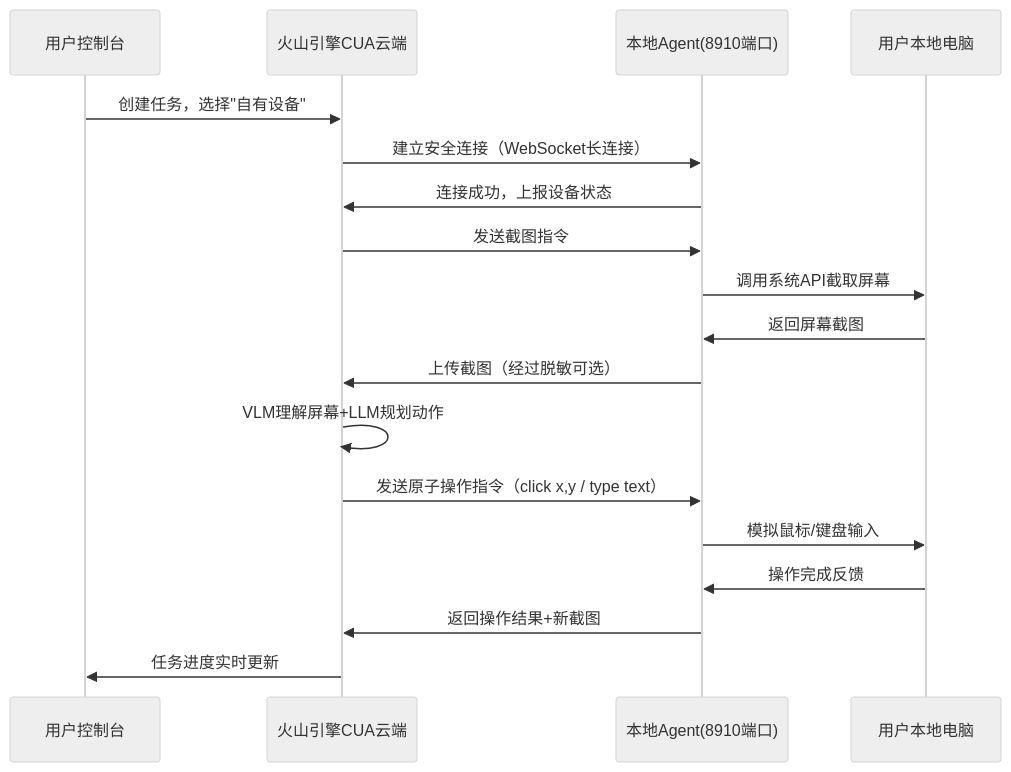
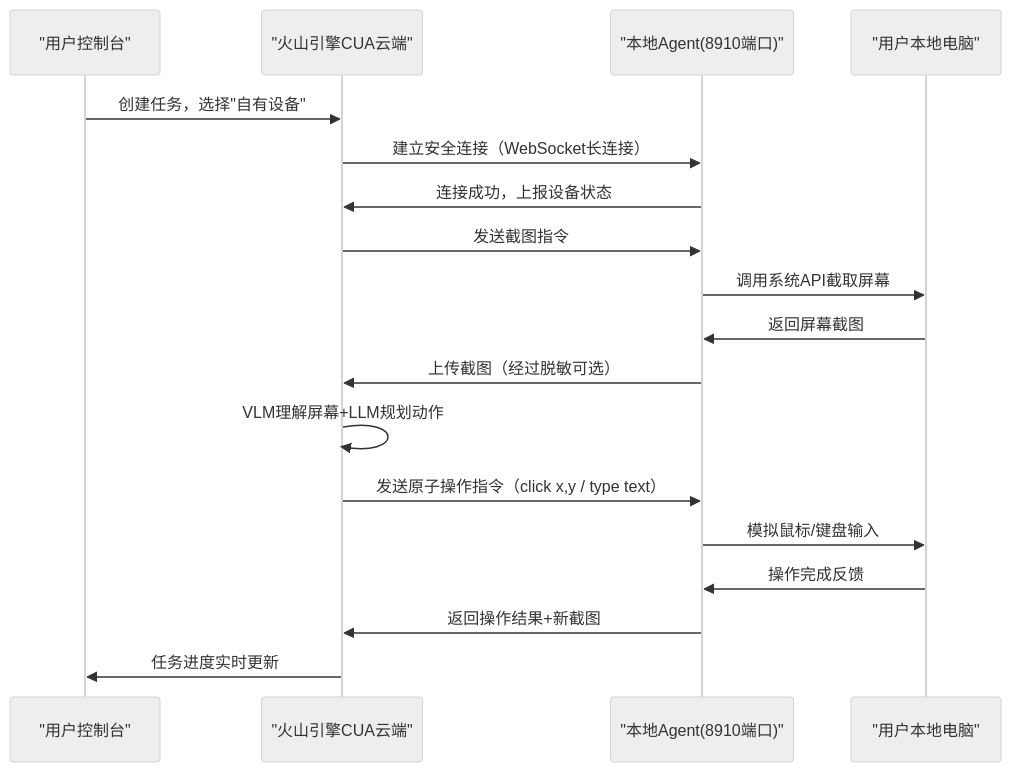
The diagram in docs/retrospective/reports/insight-extraction/external-learning/retrospective-volcengine-cua-learning-20260707/insight-extraction.md (xinetzone/SpecWeave), drawn with Mermaid (neutral theme) before and after one commit. The commit also changed 75 other files, not shown here.

First line of the commit message:
fix(mermaid): 自动修复docs目录下67处Mermaid语法错误并更新私密报告引用路径

````diff
--- a/docs/retrospective/reports/insight-extraction/external-learning/retrospective-volcengine-cua-learning-20260707/insight-extraction.md
+++ b/docs/retrospective/reports/insight-extraction/external-learning/retrospective-volcengine-cua-learning-20260707/insight-extraction.md
@@ -111,21 +111,20 @@
 ```mermaid
 sequenceDiagram
-    participant User as 用户控制台
-    participant Cloud as 火山引擎CUA云端
-    participant LocalAgent as 本地Agent(8910端口)
-    participant LocalPC as 用户本地电脑
-
+    participant User as "用户控制台"
+    participant Cloud as "火山引擎CUA云端"
+    participant LocalAgent as "本地Agent(8910端口)"
+    participant LocalPC as "用户本地电脑"
     User->>Cloud: 创建任务，选择"自有设备"
     Cloud->>LocalAgent: 建立安全连接（WebSocket长连接）
     LocalAgent->>Cloud: 连接成功，上报设备状态
     Cloud->>LocalAgent: 发送截图指令
     LocalAgent->>LocalPC: 调用系统API截取屏幕
     LocalPC->>LocalAgent: 返回屏幕截图
     LocalAgent->>Cloud: 上传截图（经过脱敏可选）
     Cloud->>Cloud: VLM理解屏幕+LLM规划动作
     Cloud->>LocalAgent: 发送原子操作指令（click x,y / type text）
     LocalAgent->>LocalPC: 模拟鼠标/键盘输入
     LocalPC->>LocalAgent: 操作完成反馈
     LocalAgent->>Cloud: 返回操作结果+新截图
     Cloud->>User: 任务进度实时更新
 ```
````
